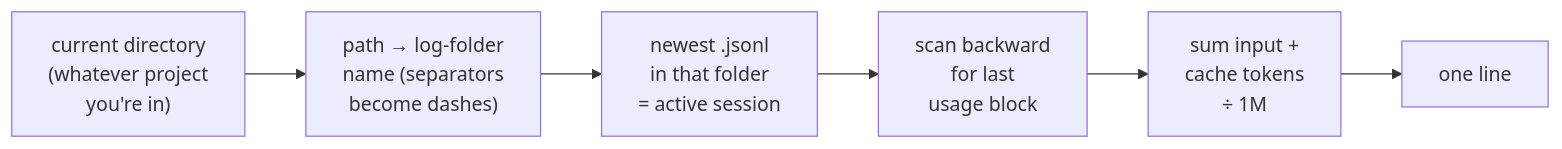
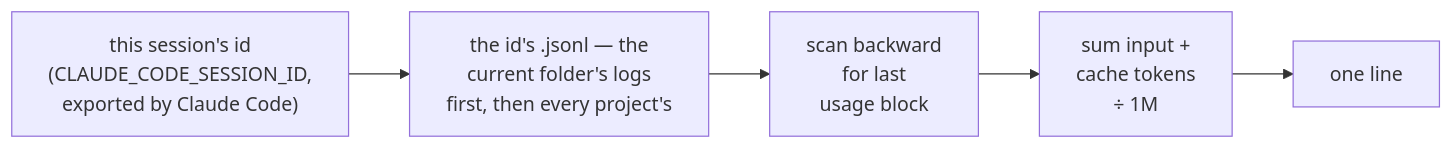
Before and after one commit to mbriggsy/ai-learning-journey: the diagram in projects/skills/window/README.md, drawn with Mermaid. The commit also changed other lines of this file and 2 other files, not shown here.

````diff
--- a/projects/skills/window/README.md
+++ b/projects/skills/window/README.md
@@ -48,8 +48,7 @@
 ```mermaid
 flowchart LR
-    A["current directory<br/>(whatever project<br/>you're in)"] --> B["path → log-folder<br/>name (separators<br/>become dashes)"]
-    B --> C["newest .jsonl<br/>in that folder<br/>= active session"]
-    C --> D["scan backward<br/>for last<br/>usage block"]
+    A["this session's id<br/>(CLAUDE_CODE_SESSION_ID,<br/>exported by Claude Code)"] --> B["the id's .jsonl — the<br/>current folder's logs<br/>first, then every project's"]
+    B --> D["scan backward<br/>for last<br/>usage block"]
     D --> E["sum input +<br/>cache tokens<br/>÷ 1M"]
     E --> F["one line"]
 ```
````
